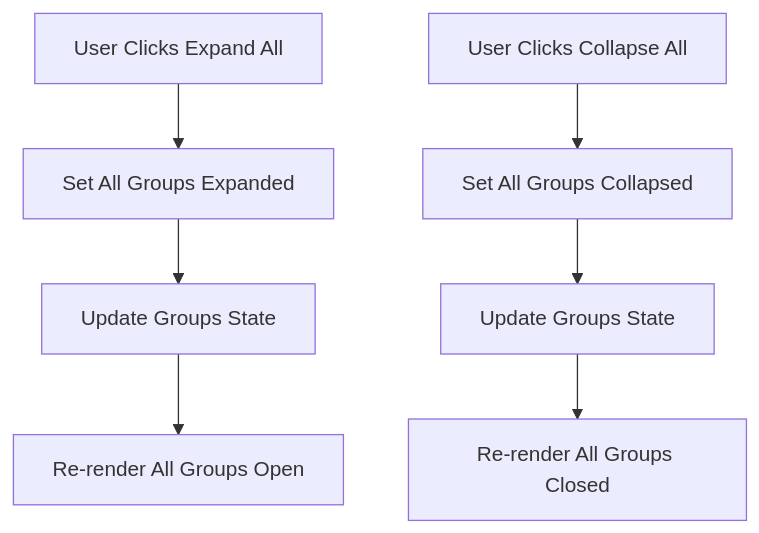
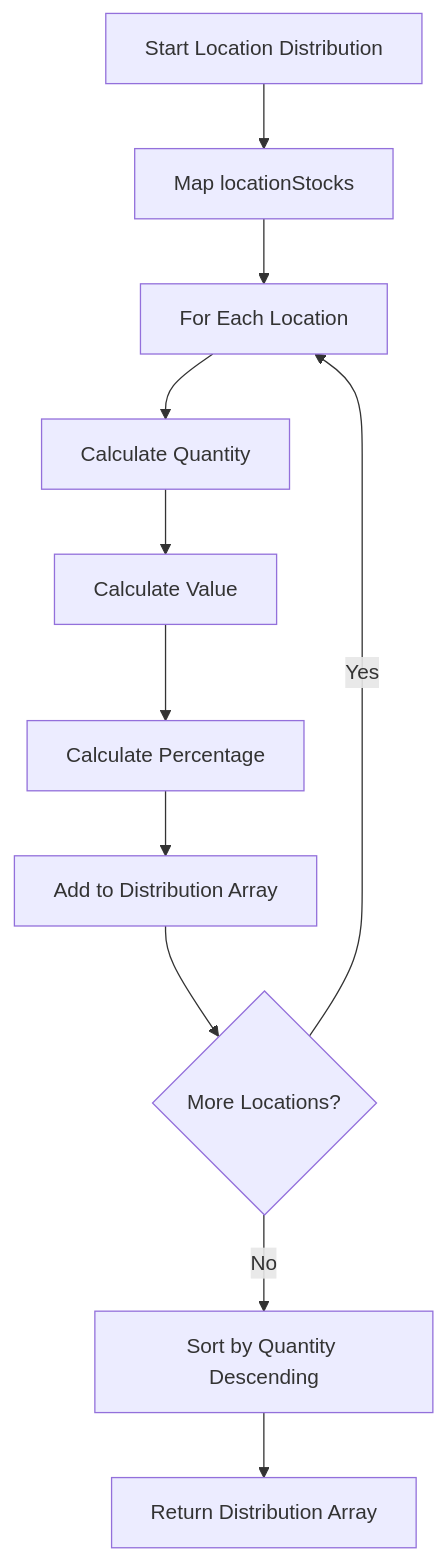
One commit to PeakMNA/carmen changed the eighth of 16 diagrams in docs/app/inventory-management/stock-overview/stock-cards/FD-stock-cards.md. Above: the diagram before and after it, drawn with Mermaid. The commit also changed other lines of this file and 473 other files, not shown here.

````diff
--- a/docs/app/inventory-management/stock-overview/stock-cards/FD-stock-cards.md
+++ b/docs/app/inventory-management/stock-overview/stock-cards/FD-stock-cards.md
@@ -121,10 +180,13 @@
 ```mermaid
 flowchart TD
-    A[User Clicks Expand All] --> B[Set All Groups Expanded]
-    B --> C[Update Groups State]
-    C --> D[Re-render All Groups Open]
-
-    E[User Clicks Collapse All] --> F[Set All Groups Collapsed]
-    F --> G[Update Groups State]
-    G --> H[Re-render All Groups Closed]
+    A[Start Location Distribution] --> B[Map locationStocks]
+    B --> C[For Each Location]
+    C --> D[Calculate Quantity]
+    D --> E[Calculate Value]
+    E --> F[Calculate Percentage]
+    F --> G[Add to Distribution Array]
+    G --> H{More Locations?}
+    H -->|Yes| C
+    H -->|No| I[Sort by Quantity Descending]
+    I --> J[Return Distribution Array]
 ```
````
